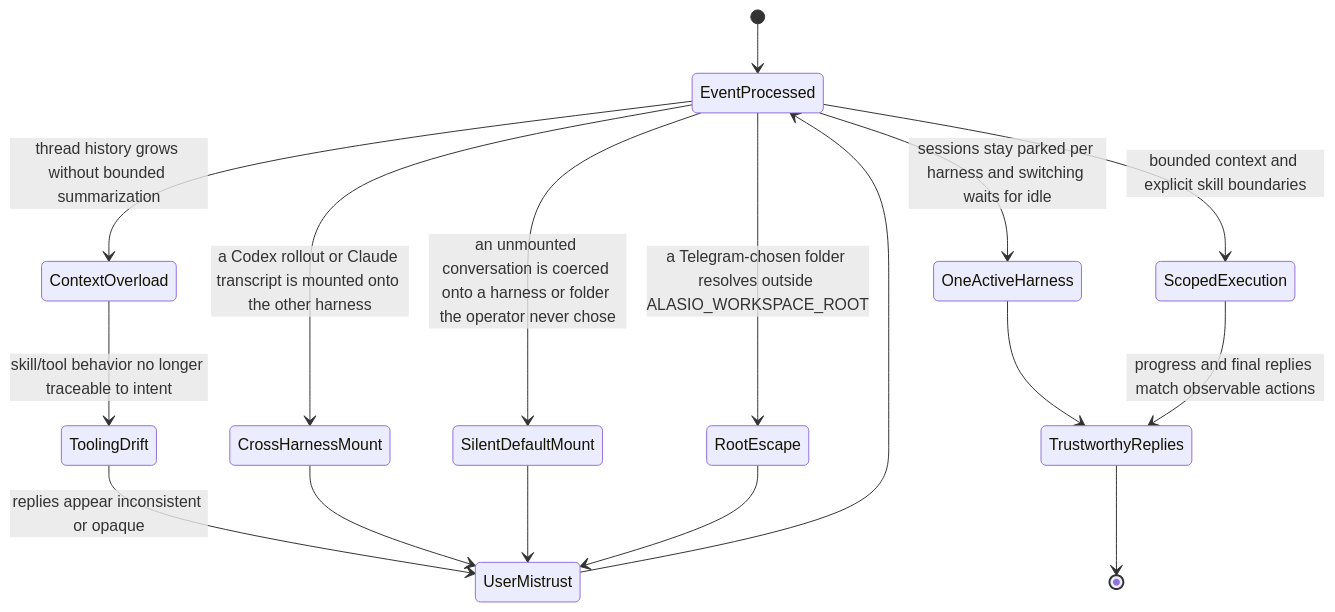
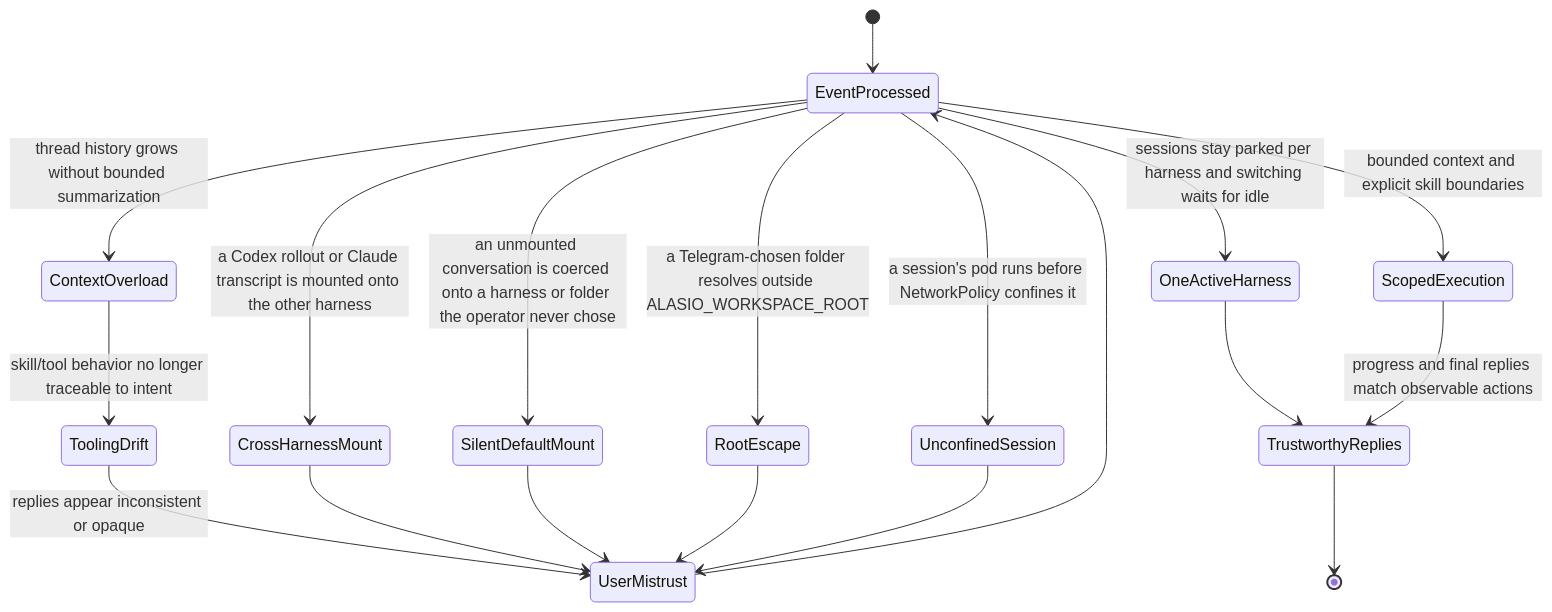
One commit to eaucoin/alasio changed the third of 3 diagrams in README.md. Above: the diagram before and after it, drawn with Mermaid. The commit also changed other lines of this file and 37 other files, not shown here.

````diff
--- a/README.md
+++ b/README.md
@@ -170,19 +177,21 @@
 ```mermaid
 stateDiagram-v2
   [*] --> EventProcessed
   EventProcessed --> ContextOverload: thread history grows without bounded summarization
   ContextOverload --> ToolingDrift: skill/tool behavior no longer traceable to intent
   ToolingDrift --> UserMistrust: replies appear inconsistent or opaque
   UserMistrust --> EventProcessed
   EventProcessed --> CrossHarnessMount: a Codex rollout or Claude transcript is mounted onto the other harness
   CrossHarnessMount --> UserMistrust
   EventProcessed --> SilentDefaultMount: an unmounted conversation is coerced onto a harness or folder the operator never chose
   SilentDefaultMount --> UserMistrust
   EventProcessed --> RootEscape: a Telegram-chosen folder resolves outside ALASIO_WORKSPACE_ROOT
   RootEscape --> UserMistrust
+  EventProcessed --> UnconfinedSession: a session's pod runs before NetworkPolicy confines it
+  UnconfinedSession --> UserMistrust
   EventProcessed --> ScopedExecution: bounded context and explicit skill boundaries
   EventProcessed --> OneActiveHarness: sessions stay parked per harness and switching waits for idle
   OneActiveHarness --> TrustworthyReplies
   ScopedExecution --> TrustworthyReplies: progress and final replies match observable actions
   TrustworthyReplies --> [*]
 ```
````
